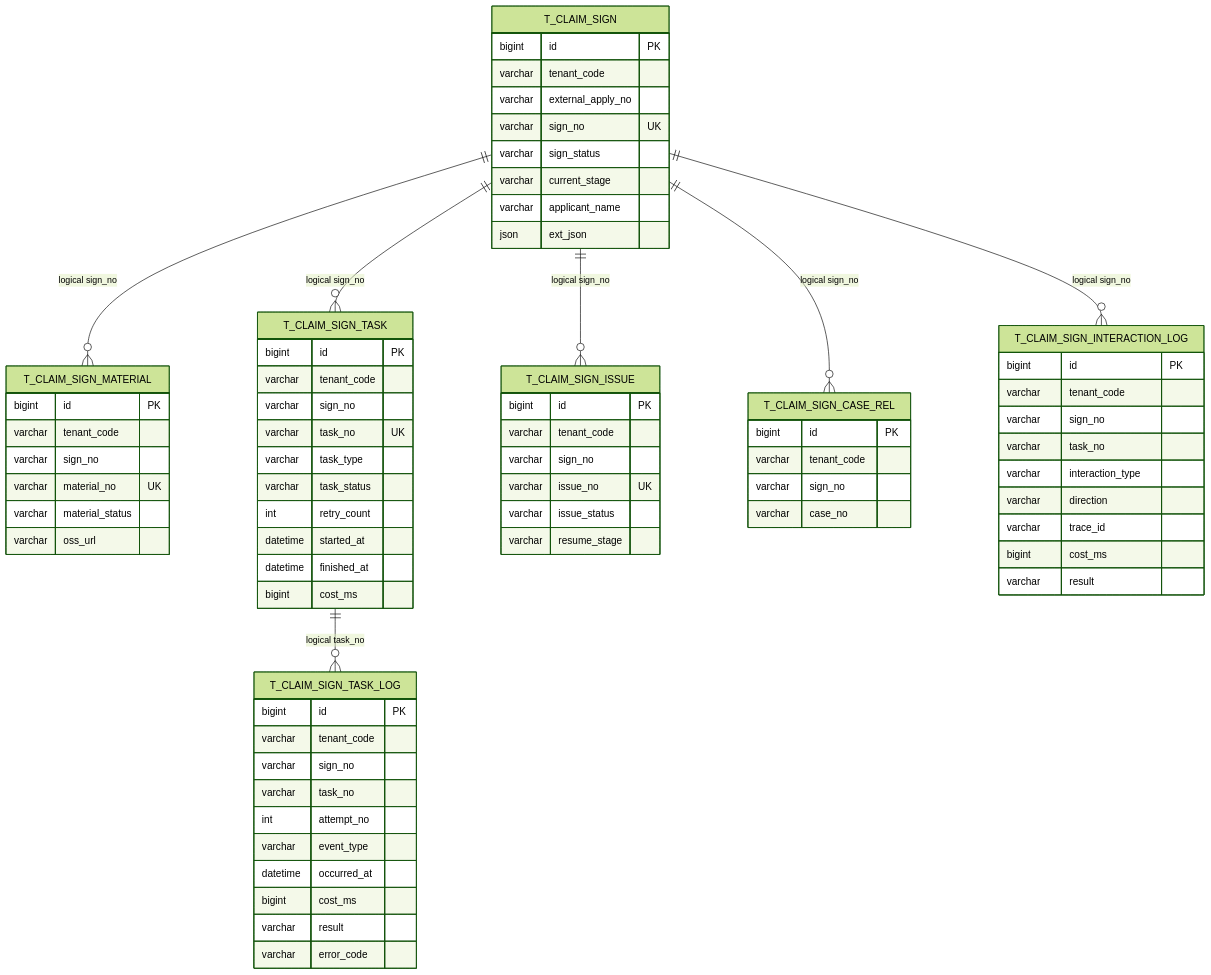
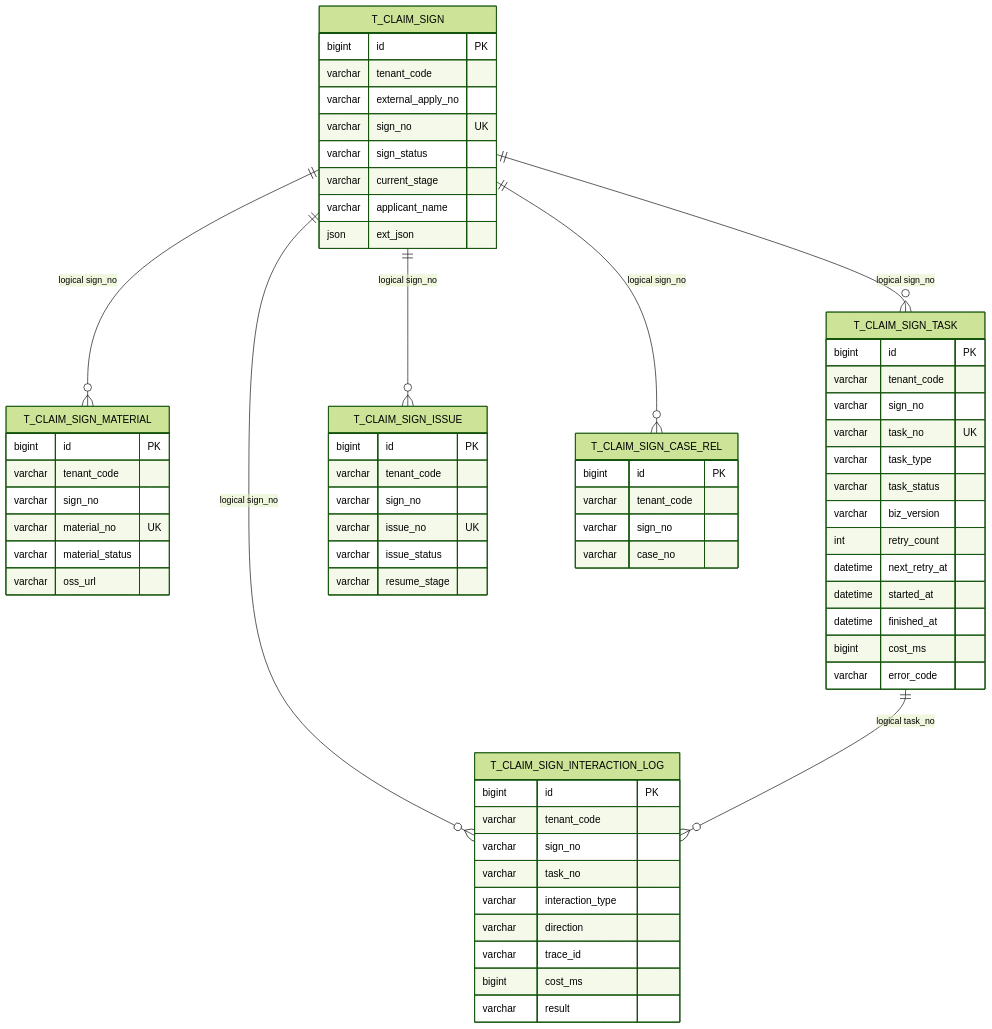
Before and after one commit to wangguangwu/claim-platform: the second of 5 diagrams in docs/specs/sign-workflow/design.md, drawn with Mermaid (forest theme). The commit also changed other lines of this file and 3 other files, not shown here.

````diff
--- a/docs/specs/sign-workflow/design.md
+++ b/docs/specs/sign-workflow/design.md
@@ -29,77 +32,68 @@
 ```mermaid
 erDiagram
     T_CLAIM_SIGN ||--o{ T_CLAIM_SIGN_MATERIAL : "logical sign_no"
     T_CLAIM_SIGN ||--o{ T_CLAIM_SIGN_TASK : "logical sign_no"
-    T_CLAIM_SIGN_TASK ||--o{ T_CLAIM_SIGN_TASK_LOG : "logical task_no"
     T_CLAIM_SIGN ||--o{ T_CLAIM_SIGN_ISSUE : "logical sign_no"
     T_CLAIM_SIGN ||--o{ T_CLAIM_SIGN_CASE_REL : "logical sign_no"
     T_CLAIM_SIGN ||--o{ T_CLAIM_SIGN_INTERACTION_LOG : "logical sign_no"
+    T_CLAIM_SIGN_TASK ||--o{ T_CLAIM_SIGN_INTERACTION_LOG : "logical task_no"
 
     T_CLAIM_SIGN {
         bigint id PK
         varchar tenant_code
         varchar external_apply_no
         varchar sign_no UK
         varchar sign_status
         varchar current_stage
         varchar applicant_name
         json ext_json
     }
     T_CLAIM_SIGN_MATERIAL {
         bigint id PK
         varchar tenant_code
         varchar sign_no
         varchar material_no UK
         varchar material_status
         varchar oss_url
     }
     T_CLAIM_SIGN_TASK {
         bigint id PK
         varchar tenant_code
         varchar sign_no
         varchar task_no UK
         varchar task_type
         varchar task_status
+        varchar biz_version
         int retry_count
+        datetime next_retry_at
         datetime started_at
         datetime finished_at
         bigint cost_ms
-    }
-    T_CLAIM_SIGN_TASK_LOG {
-        bigint id PK
-        varchar tenant_code
-        varchar sign_no
-        varchar task_no
-        int attempt_no
-        varchar event_type
-        datetime occurred_at
-        bigint cost_ms
-        varchar result
         varchar error_code
     }
     T_CLAIM_SIGN_ISSUE {
         bigint id PK
         varchar tenant_code
         varchar sign_no
         varchar issue_no UK
         varchar issue_status
         varchar resume_stage
     }
     T_CLAIM_SIGN_CASE_REL {
         bigint id PK
         varchar tenant_code
         varchar sign_no
         varchar case_no
     }
     T_CLAIM_SIGN_INTERACTION_LOG {
         bigint id PK
         varchar tenant_code
         varchar sign_no
         varchar task_no
         varchar interaction_type
         varchar direction
         varchar trace_id
         bigint cost_ms
         varchar result
     }
 ```
````
